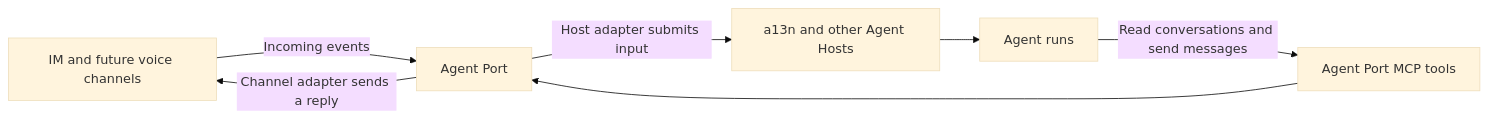
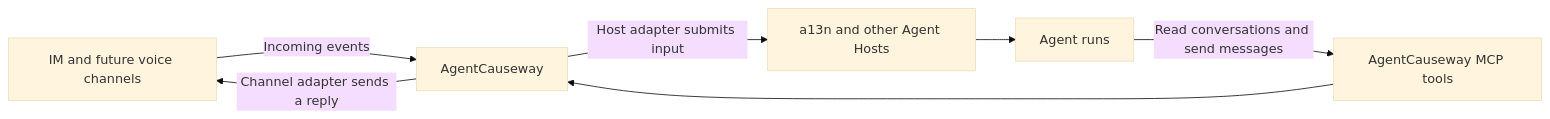
One commit to saurlax/agent-causeway changed the diagram in README.md. Above: the diagram before and after it, drawn with Mermaid (base theme). The commit also changed other lines of this file and 29 other files, not shown here.

Commit message:
refactor(workspace): rename project to AgentCauseway

````diff
--- a/README.md
+++ b/README.md
@@ -28,9 +28,9 @@
 ```mermaid
 flowchart LR
-    Channels[IM and future voice channels] -->|Incoming events| Gateway[Agent Port]
+    Channels[IM and future voice channels] -->|Incoming events| Gateway[AgentCauseway]
     Gateway -->|Host adapter submits input| Hosts[a13n and other Agent Hosts]
     Hosts --> Agents[Agent runs]
-    Agents -->|Read conversations and send messages| MCP[Agent Port MCP tools]
+    Agents -->|Read conversations and send messages| MCP[AgentCauseway MCP tools]
     MCP --> Gateway
     Gateway -->|Channel adapter sends a reply| Channels
 ```
````
